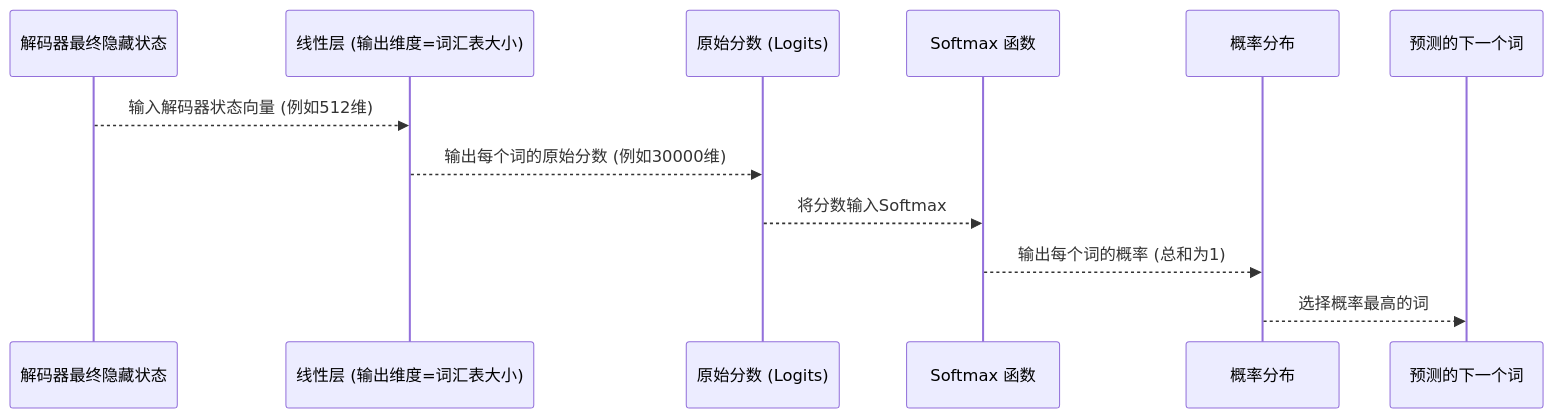
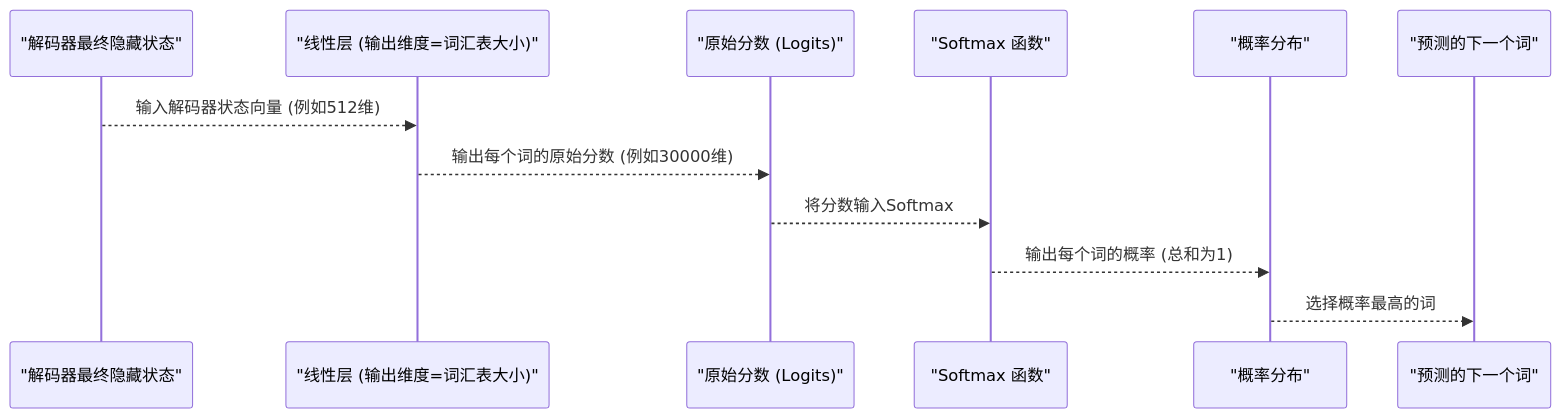
One commit to jueshi/PocketFlow-Tutorial-Codebase-Knowledge changed the second of 2 diagrams in output/Attention_Is_All_You_Need/03_词嵌入与_softmax_输出_.md. Above: the diagram before and after it, drawn with Mermaid. The commit also changed 282 other files, not shown here.

````diff
--- a/output/Attention_Is_All_You_Need/03_词嵌入与_softmax_输出_.md
+++ b/output/Attention_Is_All_You_Need/03_词嵌入与_softmax_输出_.md
@@ -118,15 +118,15 @@
 ```mermaid
 sequenceDiagram
-    participant DecOut as 解码器最终隐藏状态
-    participant Linear as 线性层 (输出维度=词汇表大小)
-    participant Logits as 原始分数 (Logits)
-    participant Softmax as Softmax 函数
-    participant Probs as 概率分布
-    participant Prediction as 预测的下一个词
+    participant DecOut as "解码器最终隐藏状态"
+    participant Linear as "线性层 (输出维度=词汇表大小)"
+    participant Logits as "原始分数 (Logits)"
+    participant Softmax as "Softmax 函数"
+    participant Probs as "概率分布"
+    participant Prediction as "预测的下一个词"
 
     DecOut-->>Linear: 输入解码器状态向量 (例如512维)
     Linear-->>Logits: 输出每个词的原始分数 (例如30000维)
     Logits-->>Softmax: 将分数输入Softmax
     Softmax-->>Probs: 输出每个词的概率 (总和为1)
     Probs-->>Prediction: 选择概率最高的词
 ```
````
